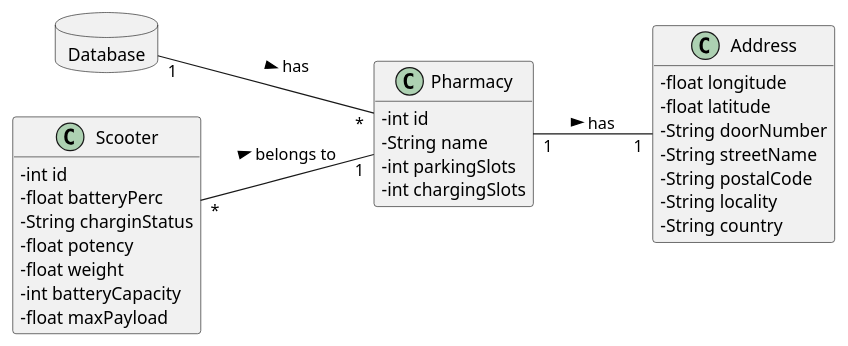
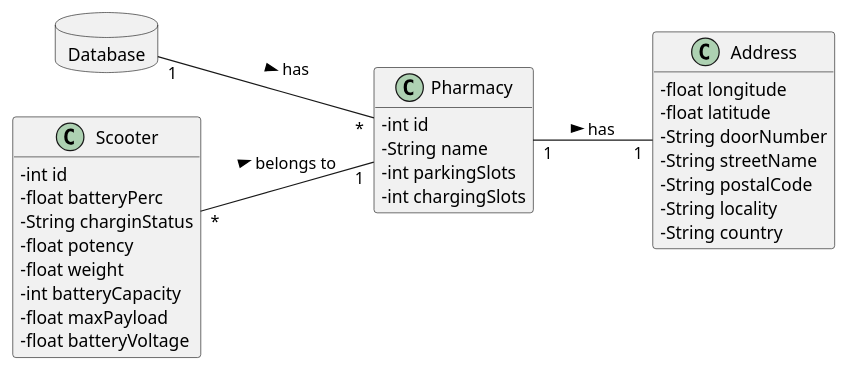
The diagram in docs/Iteration 2/Scooter Management/US57_ScooterInformation/Refinement/US57_DM.puml (tiagoavcosta25/LAPR3), drawn with PlantUML before and after one commit. The commit also changed 19 other files, not shown here.

```diff
--- a/docs/Iteration 2/Scooter Management/US57_ScooterInformation/Refinement/US57_DM.puml
+++ b/docs/Iteration 2/Scooter Management/US57_ScooterInformation/Refinement/US57_DM.puml
@@ -1,41 +1,42 @@
 @startuml
 skinparam classAttributeIconSize 0
 hide methods
 left to right direction
 
 database Database {
 }
 
 class Pharmacy {
   -int id
   -String name
   -int parkingSlots
   -int chargingSlots
 }
 
 class Scooter{
   -int id
   -float batteryPerc
   -String charginStatus
   -float potency
   -float weight
   -int batteryCapacity
   -float maxPayload
+  -float batteryVoltage
 }
 
 class Address{
   -float longitude
   -float latitude
   -String doorNumber
   -String streetName
   -String postalCode
   -String locality
   -String country
 }
 
 
 
 Database "1" -- "*" Pharmacy : has >
 Scooter "*" -- "1" Pharmacy : belongs to >
 Pharmacy "1" -- "1" Address : has >
 @enduml
```
